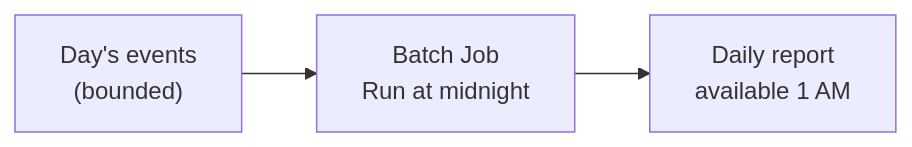
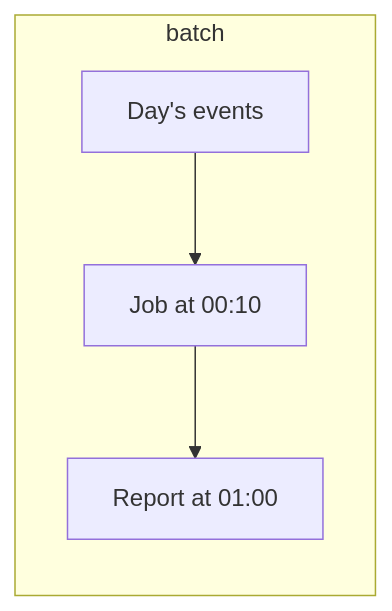
Before and after one commit to sanketn26/data-engineering: the first of 2 diagrams in docs/foundations/batch-vs-stream.md, drawn with Mermaid. The commit also changed other lines of this file and 107 other files, not shown here.

````diff
--- a/docs/foundations/batch-vs-stream.md
+++ b/docs/foundations/batch-vs-stream.md
@@ -25,4 +55,6 @@
 ```mermaid
 graph LR
-    D["Day's events\n(bounded)"] --> B["Batch Job\nRun at midnight"] --> R["Daily report\navailable 1 AM"]
+    subgraph batch
+        D["Day's events"] --> B["Job at 00:10"] --> R["Report at 01:00"]
+    end
 ```
````
